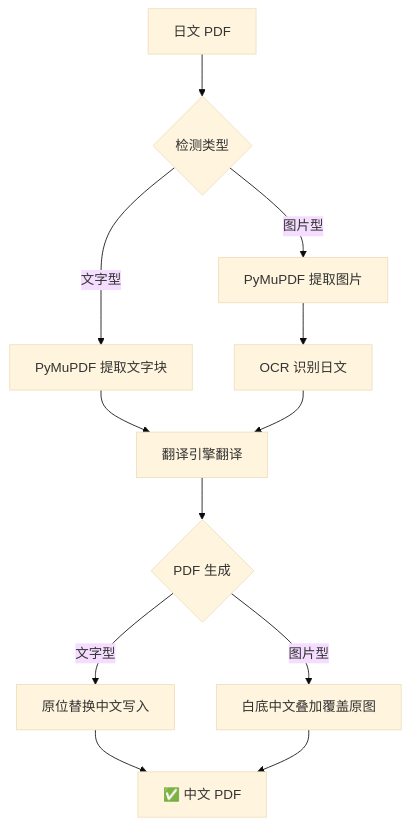
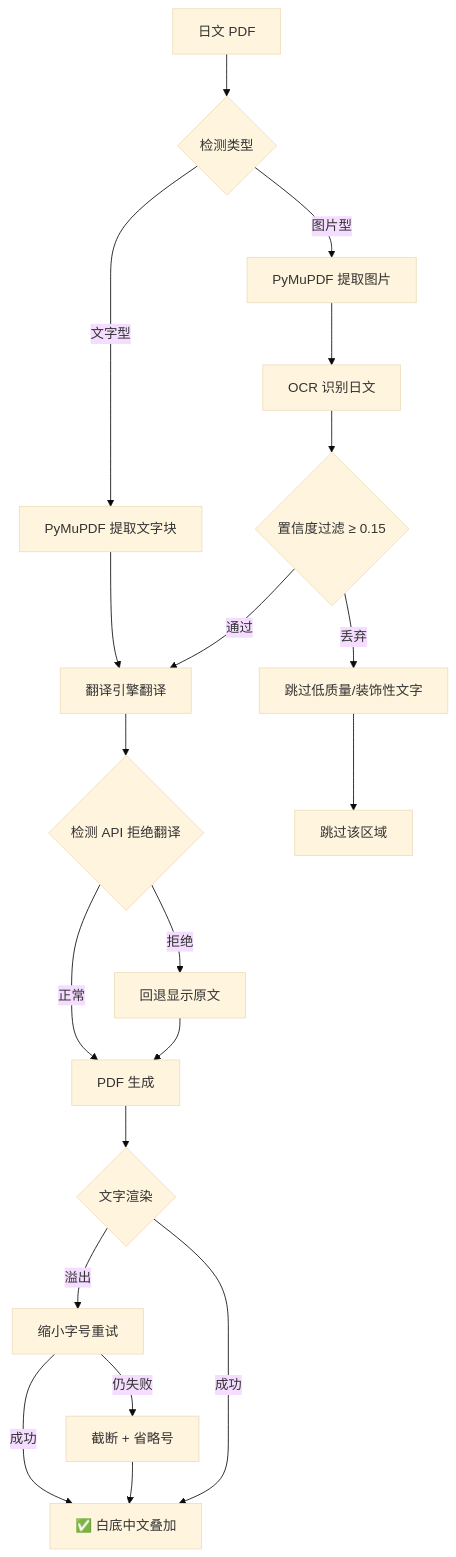
Before and after one commit to Amilmaho/ja2zh_pdf_translator: the diagram in README.md, drawn with Mermaid (base theme). The commit also changed other lines of this file and 4 other files, not shown here.

````diff
--- a/README.md
+++ b/README.md
@@ -119,14 +185,22 @@
 ```mermaid
 flowchart TD
     A[日文 PDF] --> B{检测类型}
     B -->|文字型| C[PyMuPDF 提取文字块]
     B -->|图片型| D[PyMuPDF 提取图片]
     C --> E[翻译引擎翻译]
     D --> F[OCR 识别日文]
-    F --> E
-    E --> G{PDF 生成}
-    G -->|文字型| H[原位替换中文写入]
-    G -->|图片型| I[白底中文叠加覆盖原图]
-    H --> J[✅ 中文 PDF]
-    I --> J
+    F --> G{置信度过滤 ≥ 0.15}
+    G -->|通过| E
+    G -->|丢弃| H[跳过低质量/装饰性文字]
+    E --> I{检测 API 拒绝翻译}
+    I -->|正常| J[PDF 生成]
+    I -->|拒绝| K[回退显示原文]
+    K --> J
+    J --> L{文字渲染}
+    L -->|溢出| M[缩小字号重试]
+    M -->|成功| N[✅ 白底中文叠加]
+    M -->|仍失败| O[截断 + 省略号]
+    O --> N
+    L -->|成功| N
+    H --> P[跳过该区域]
 ```
````
